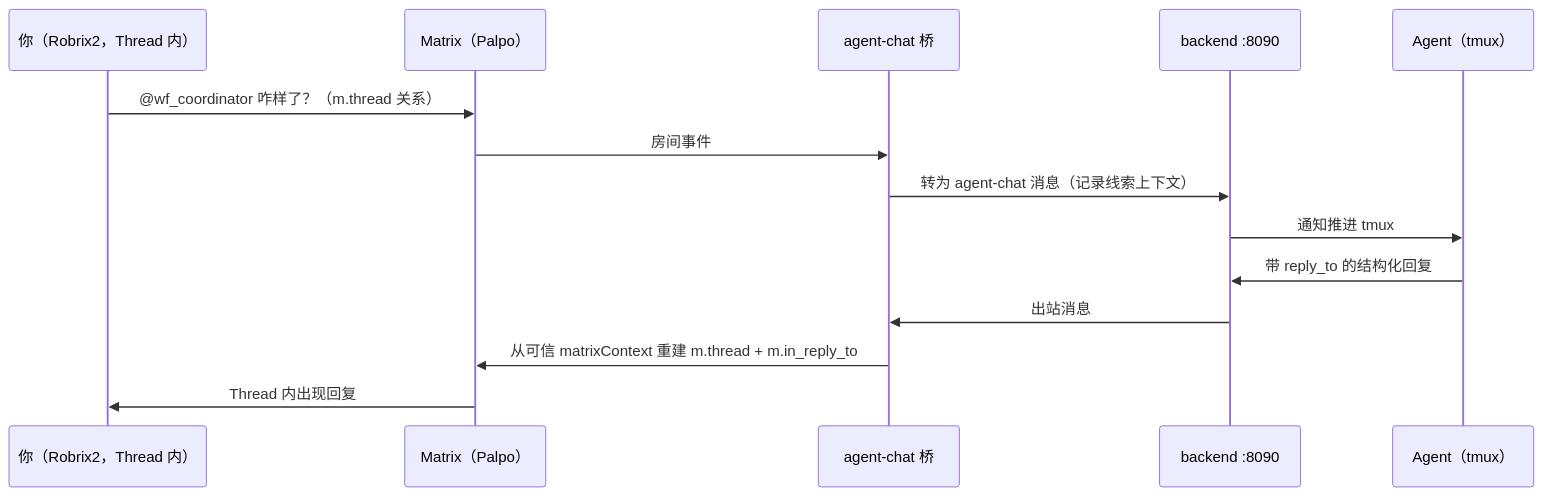
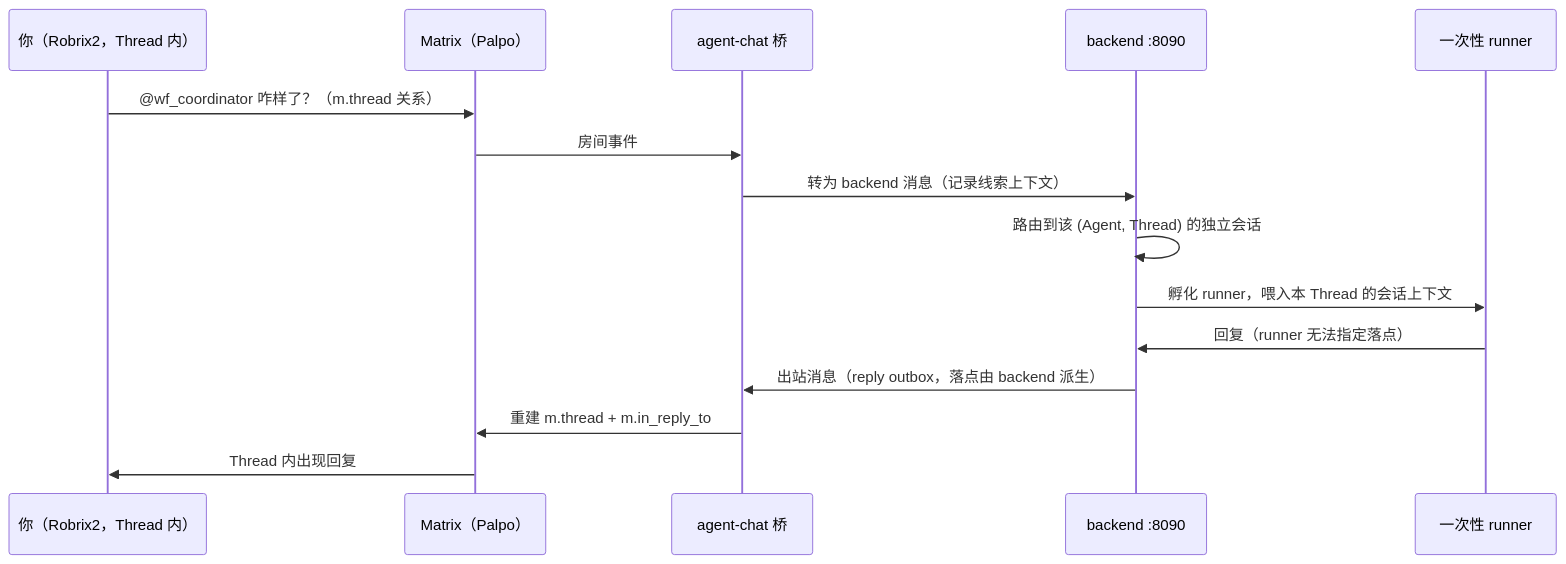
Before and after one commit to Project-Robius-China/robrix2: the diagram in book/zh/src/part2/threads.md, drawn with Mermaid. The commit also changed other lines of this file and 7 other files, not shown here.

````diff
--- a/book/zh/src/part2/threads.md
+++ b/book/zh/src/part2/threads.md
@@ -9,17 +9,18 @@
 ```mermaid
 sequenceDiagram
     participant H as 你（Robrix2，Thread 内）
     participant M as Matrix（Palpo）
     participant B as agent-chat 桥
     participant BE as backend :8090
-    participant A as Agent（tmux）
+    participant R as 一次性 runner
 
     H->>M: @wf_coordinator 咋样了？（m.thread 关系）
     M->>B: 房间事件
-    B->>BE: 转为 agent-chat 消息（记录线索上下文）
-    BE->>A: 通知推进 tmux
-    A->>BE: 带 reply_to 的结构化回复
-    BE->>B: 出站消息
-    B->>M: 从可信 matrixContext 重建 m.thread + m.in_reply_to
+    B->>BE: 转为 backend 消息（记录线索上下文）
+    BE->>BE: 路由到该 (Agent, Thread) 的独立会话
+    BE->>R: 孵化 runner，喂入本 Thread 的会话上下文
+    R->>BE: 回复（runner 无法指定落点）
+    BE->>B: 出站消息（reply outbox，落点由 backend 派生）
+    B->>M: 重建 m.thread + m.in_reply_to
     M->>H: Thread 内出现回复
 ```
````
